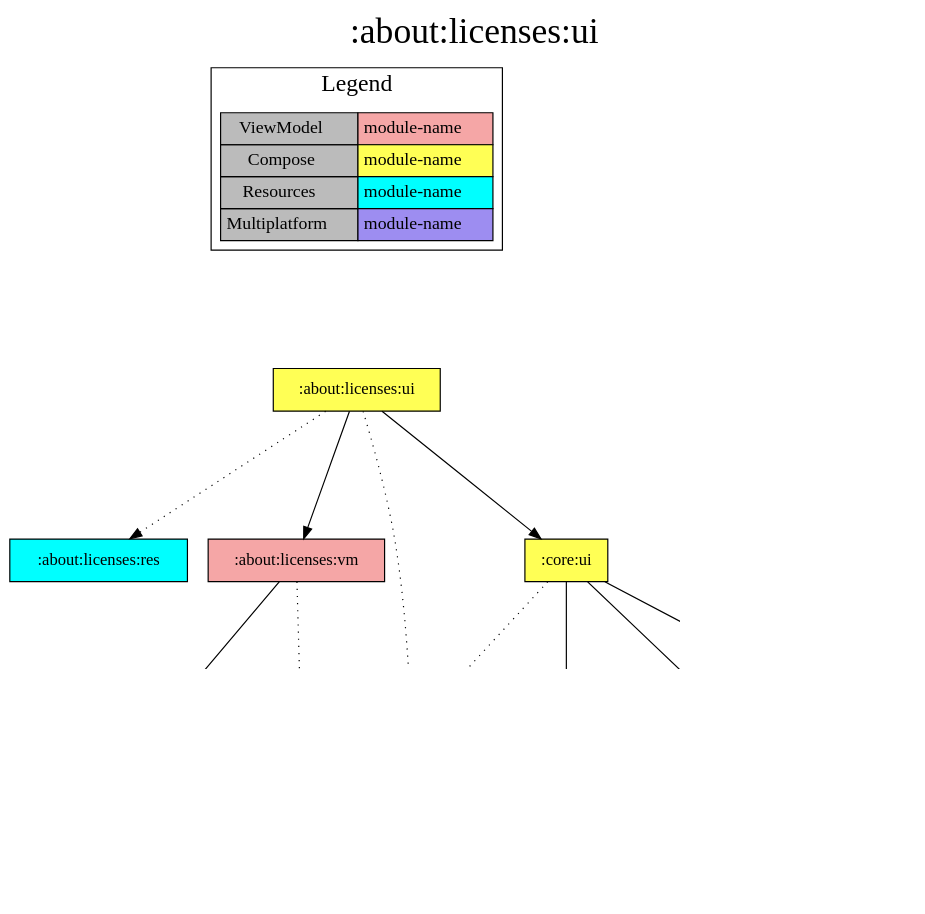
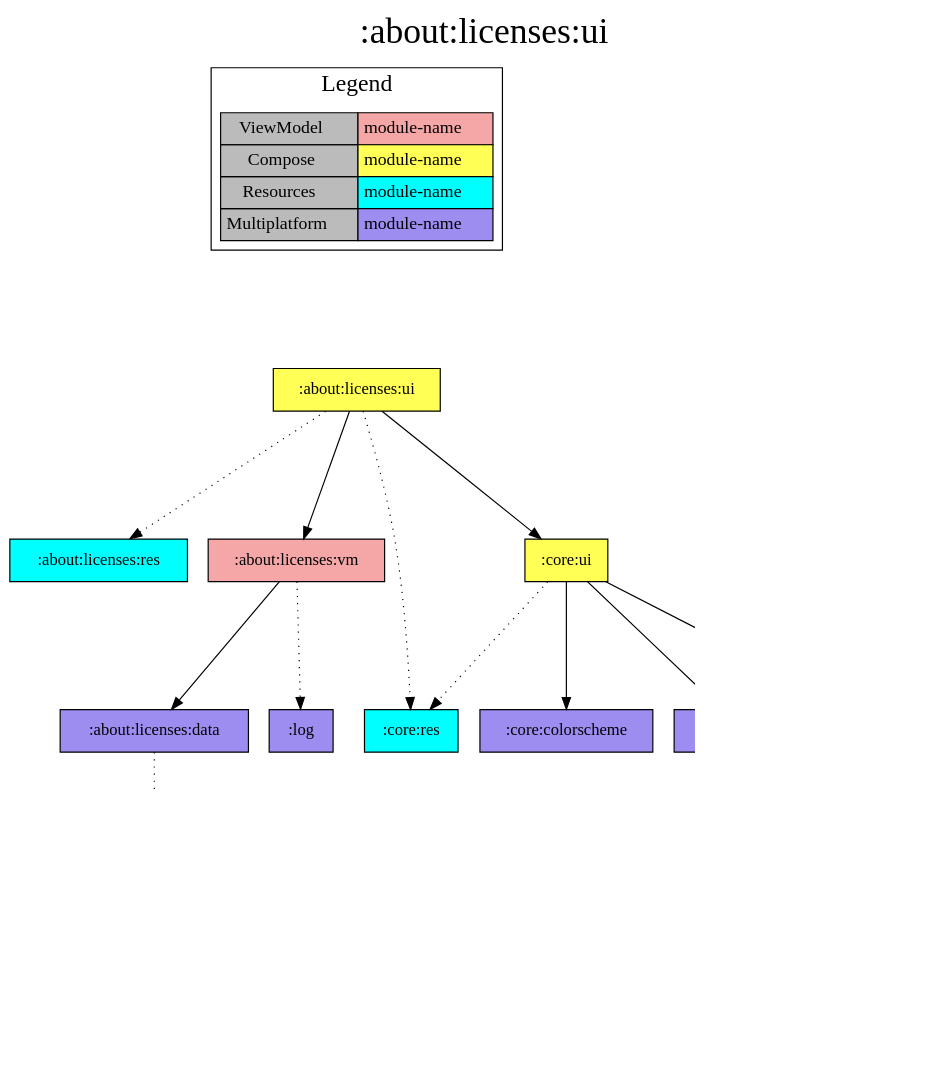
One commit to jonapoul/aktual changed the diagram in modules/about/licenses/ui/project-dependency-graph.dot. Above: the diagram before and after it, drawn with Graphviz. The commit also changed 304 other files, not shown here.

```diff
--- a/modules/about/licenses/ui/project-dependency-graph.dot
+++ b/modules/about/licenses/ui/project-dependency-graph.dot
@@ -1,45 +1,49 @@
 digraph {
 edge ["dir"="forward"]
 graph ["dpi"="100","label"=":about:licenses:ui","labelloc"="t","fontsize"="30","ranksep"="1.5","rankdir"="TB"]
 node ["style"="filled"]
 ":about:licenses:data" ["fillcolor"="#9D8DF1","shape"="box"]
 ":about:licenses:res" ["fillcolor"="#00FFFF","shape"="box"]
 ":about:licenses:ui" ["fillcolor"="#FFFF55","shape"="box"]
 ":about:licenses:vm" ["fillcolor"="#F5A6A6","shape"="box"]
+":budget:model" ["fillcolor"="#9D8DF1","shape"="box"]
 ":core:buildconfig" ["fillcolor"="#9D8DF1","shape"="box"]
 ":core:colorscheme" ["fillcolor"="#9D8DF1","shape"="box"]
 ":core:files" ["fillcolor"="#9D8DF1","shape"="box"]
+":core:model" ["fillcolor"="#9D8DF1","shape"="box"]
 ":core:res" ["fillcolor"="#00FFFF","shape"="box"]
 ":core:ui" ["fillcolor"="#FFFF55","shape"="box"]
 ":core:versions" ["fillcolor"="#9D8DF1","shape"="box"]
 ":log" ["fillcolor"="#9D8DF1","shape"="box"]
 ":url:model" ["fillcolor"="#9D8DF1","shape"="box"]
 {
 edge ["dir"="none"]
 graph ["rank"="same"]
 }
 ":about:licenses:data" -> ":core:files" ["style"="dotted"]
 ":about:licenses:ui" -> ":about:licenses:res" ["style"="dotted"]
 ":about:licenses:ui" -> ":about:licenses:vm"
 ":about:licenses:ui" -> ":core:res" ["style"="dotted"]
 ":about:licenses:ui" -> ":core:ui"
 ":about:licenses:vm" -> ":about:licenses:data"
 ":about:licenses:vm" -> ":log" ["style"="dotted"]
+":core:files" -> ":budget:model"
 ":core:ui" -> ":core:colorscheme"
 ":core:ui" -> ":core:res" ["style"="dotted"]
 ":core:ui" -> ":core:versions"
 ":core:ui" -> ":url:model"
 ":core:versions" -> ":core:buildconfig"
+":url:model" -> ":core:model" ["style"="dotted"]
 subgraph "cluster_legend" {
 edge ["dir"="none"]
 graph ["label"="Legend","fontsize"="20"]
 "Legend" ["style"="filled","fillcolor"="#bbbbbb","shape"="none","margin"="0","fontsize"="15","label"=<
 <TABLE BORDER="0" CELLBORDER="1" CELLSPACING="0" CELLPADDING="4">
 <TR><TD>ViewModel</TD><TD BGCOLOR="#F5A6A6">module-name</TD></TR>
 <TR><TD>Compose</TD><TD BGCOLOR="#FFFF55">module-name</TD></TR>
 <TR><TD>Resources</TD><TD BGCOLOR="#00FFFF">module-name</TD></TR>
 <TR><TD>Multiplatform</TD><TD BGCOLOR="#9D8DF1">module-name</TD></TR>
 </TABLE>
 >]
 } -> ":about:licenses:ui" ["style"="invis"]
 }
```
